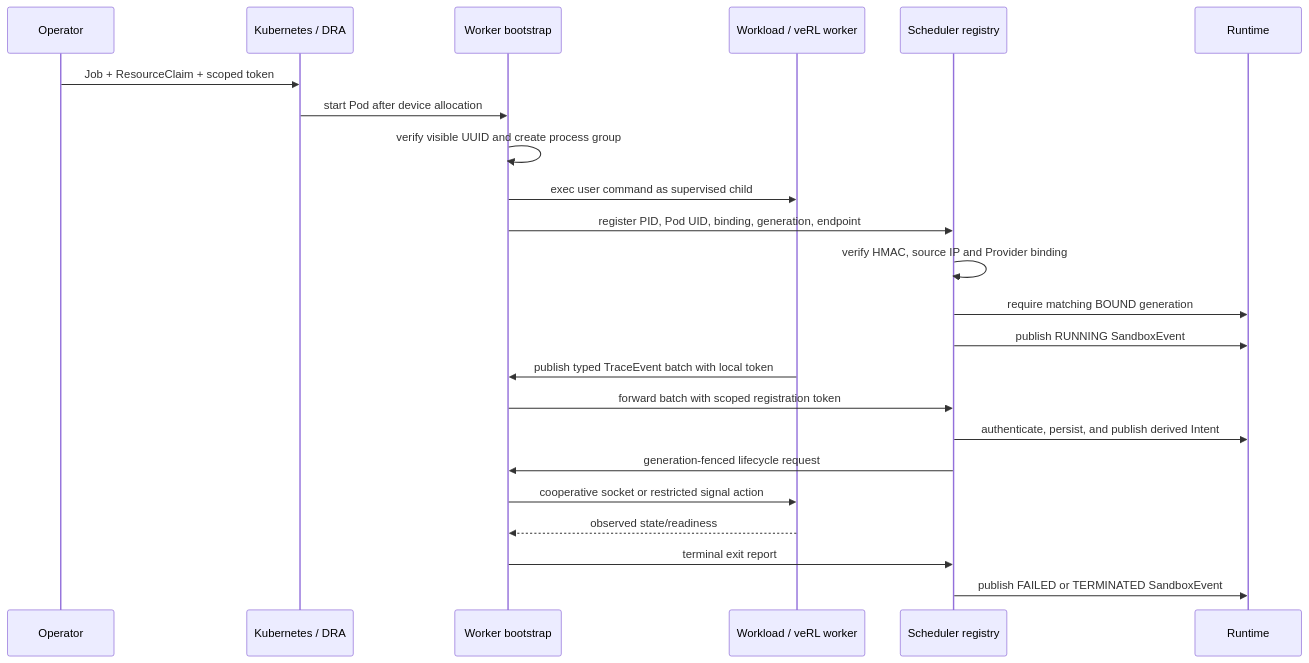
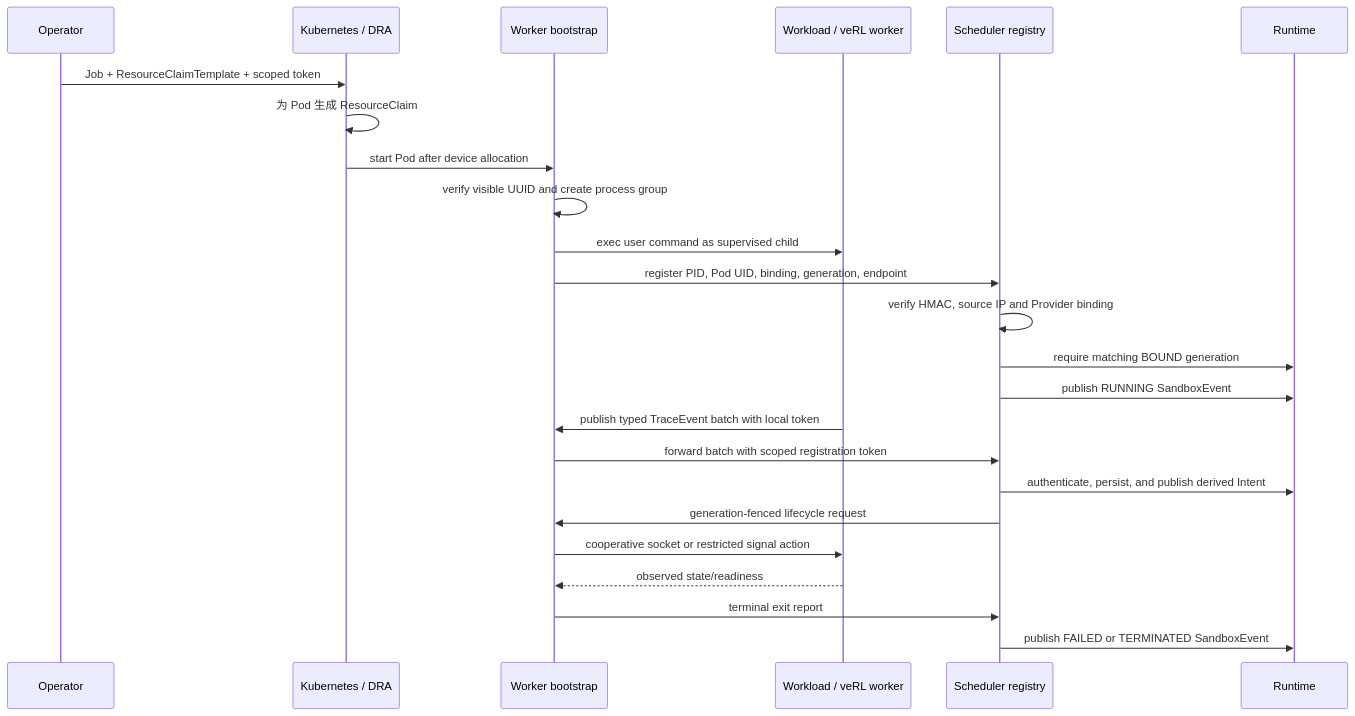
The diagram in docs/design/managed-worker-bootstrap.md (Blizzard-cyber/TGS-RL), drawn with Mermaid before and after one commit. The commit also changed 14 other files, not shown here.

````diff
--- a/docs/design/managed-worker-bootstrap.md
+++ b/docs/design/managed-worker-bootstrap.md
@@ -9,26 +9,27 @@
 ```mermaid
 sequenceDiagram
   participant O as Operator
   participant K as Kubernetes / DRA
   participant B as Worker bootstrap
   participant W as Workload / veRL worker
   participant S as Scheduler registry
   participant R as Runtime
 
-  O->>K: Job + ResourceClaim + scoped token
+  O->>K: Job + ResourceClaimTemplate + scoped token
+  K->>K: 为 Pod 生成 ResourceClaim
   K->>B: start Pod after device allocation
   B->>B: verify visible UUID and create process group
   B->>W: exec user command as supervised child
   B->>S: register PID, Pod UID, binding, generation, endpoint
   S->>S: verify HMAC, source IP and Provider binding
   S->>R: require matching BOUND generation
   S->>R: publish RUNNING SandboxEvent
   W->>B: publish typed TraceEvent batch with local token
   B->>S: forward batch with scoped registration token
   S->>R: authenticate, persist, and publish derived Intent
   S->>B: generation-fenced lifecycle request
   B->>W: cooperative socket or restricted signal action
   W-->>B: observed state/readiness
   B->>S: terminal exit report
   S->>R: publish FAILED or TERMINATED SandboxEvent
 ```
````
